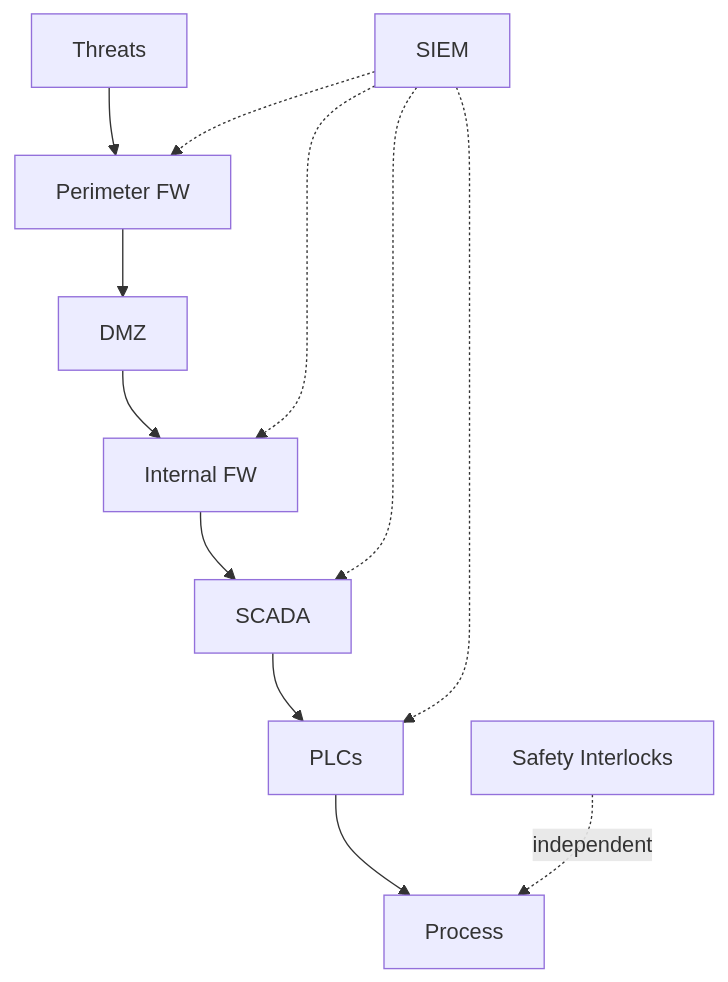
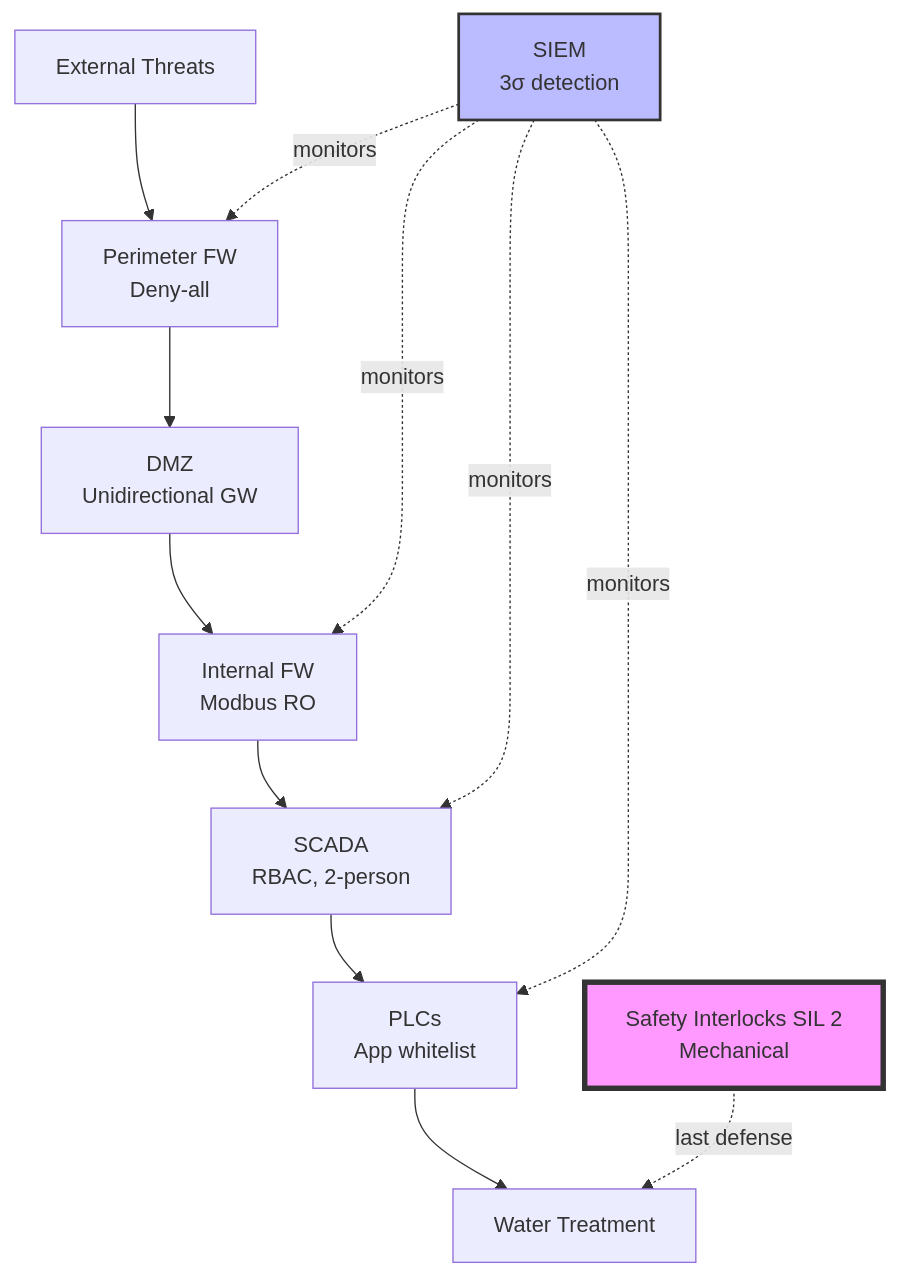
Before and after one commit to ljg-cqu/knowledge: the diagram in Prompts/Security/QA.md, drawn with Mermaid. The commit also changed other lines of this file and 7 other files, not shown here.

````diff
--- a/Prompts/Security/QA.md
+++ b/Prompts/Security/QA.md
@@ -149,11 +228,14 @@
 ```mermaid
 flowchart TD
-    EXT[Threats] --> FW1[Perimeter FW]
-    FW1 --> DMZ[DMZ]
-    DMZ --> FW2[Internal FW]
-    FW2 --> SCADA[SCADA]
-    SCADA --> PLC[PLCs]
-    PLC --> PROC[Process]
-    SIEM[SIEM] -.-> FW1 & FW2 & SCADA & PLC
-    SAFETY[Safety Interlocks] -.independent.-> PROC
+    EXT[External Threats] --> FW1[Perimeter FW<br/>Deny-all]
+    FW1 --> DMZ[DMZ<br/>Unidirectional GW]
+    DMZ --> FW2[Internal FW<br/>Modbus RO]
+    FW2 --> SCADA[SCADA<br/>RBAC, 2-person]
+    SCADA --> PLC[PLCs<br/>App whitelist]
+    PLC --> PROC[Water Treatment]
+    SIEM[SIEM<br/>3σ detection] -.monitors.-> FW1 & FW2 & SCADA & PLC
+    SAFETY[Safety Interlocks SIL 2<br/>Mechanical] -.last defense.-> PROC
+    
+    style SAFETY fill:#f9f,stroke:#333,stroke-width:4px
+    style SIEM fill:#bbf,stroke:#333,stroke-width:2px
 ```
````
